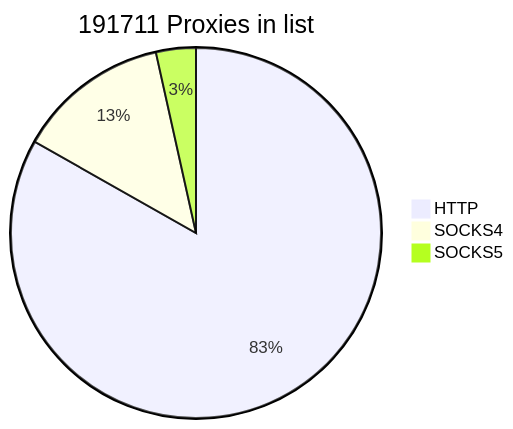
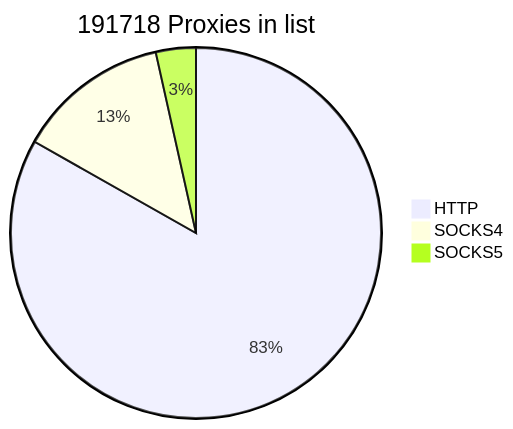
Before and after one commit to cutipu/proxylist: the first of 2 diagrams in README.md, drawn with Mermaid. The commit also changed other lines of this file, not shown here.

````diff
--- a/README.md
+++ b/README.md
@@ -2,7 +2,7 @@
 ```mermaid
-pie title 191711 Proxies in list
-    "HTTP" : 159487
-    "SOCKS4" : 25553
-    "SOCKS5" : 6671
+pie title 191718 Proxies in list
+    "HTTP" : 159482
+    "SOCKS4" : 25546
+    "SOCKS5" : 6690
             
 ```
````
